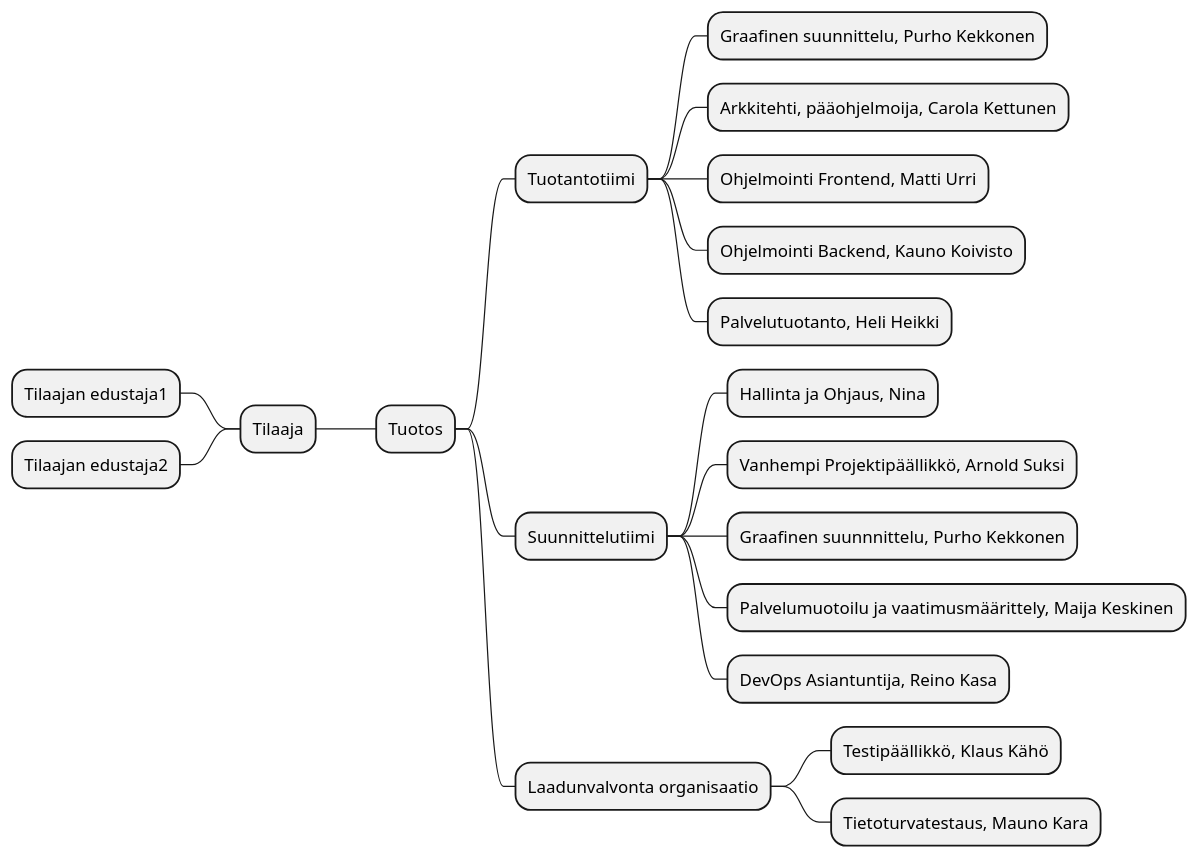
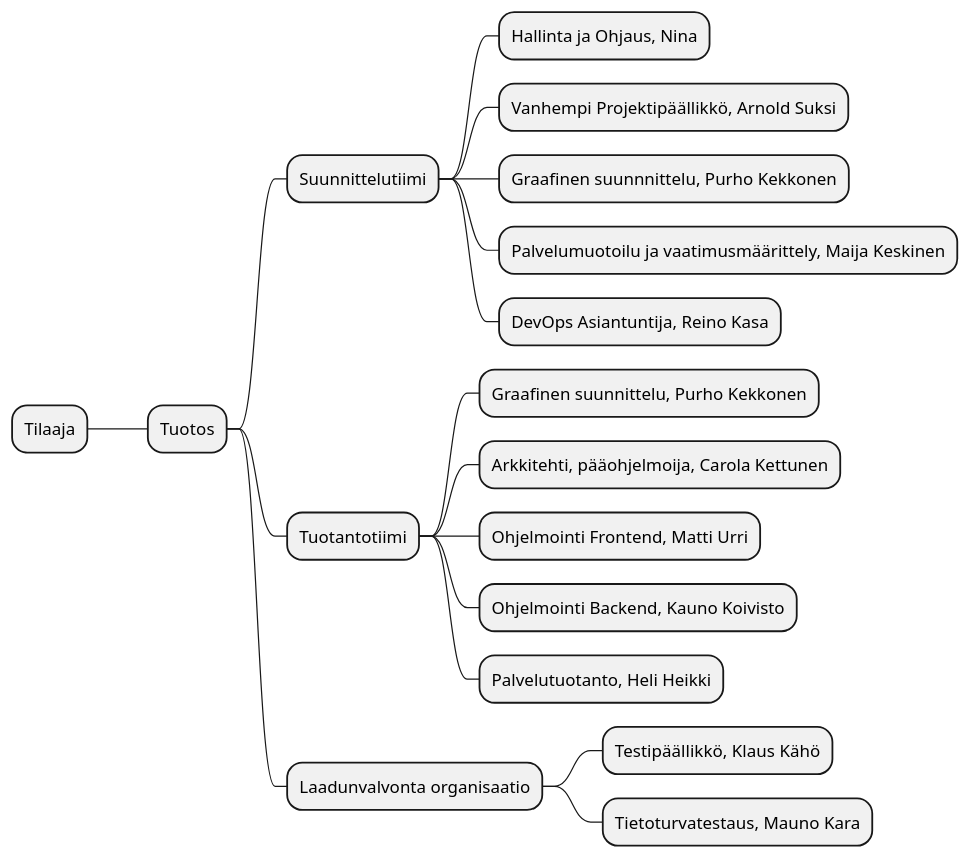
The second of 3 diagrams in dokumentit/10-Projektihallinta/projektisuunnitelma.md (ninaleo/S2021-AB5160-core), drawn with PlantUML before and after one commit.

````diff
--- a/dokumentit/10-Projektihallinta/projektisuunnitelma.md
+++ b/dokumentit/10-Projektihallinta/projektisuunnitelma.md
@@ -130,23 +130,21 @@
 ```plantuml
 @startmindmap
 + Tuotos
+++ Suunnittelutiimi
++++ Hallinta ja Ohjaus, Nina
++++ Vanhempi Projektipäällikkö, Arnold Suksi
++++ Graafinen suunnnittelu, Purho Kekkonen
++++ Palvelumuotoilu ja vaatimusmäärittely, Maija Keskinen
++++ DevOps Asiantuntija, Reino Kasa
 ++ Tuotantotiimi
 +++ Graafinen suunnittelu, Purho Kekkonen
 +++ Arkkitehti, pääohjelmoija, Carola Kettunen
 +++ Ohjelmointi Frontend, Matti Urri
 +++ Ohjelmointi Backend, Kauno Koivisto
 +++ Palvelutuotanto, Heli Heikki
-++ Suunnittelutiimi
-+++ Hallinta ja Ohjaus, Nina
-+++ Vanhempi Projektipäällikkö, Arnold Suksi
-+++ Graafinen suunnnittelu, Purho Kekkonen
-+++ Palvelumuotoilu ja vaatimusmäärittely, Maija Keskinen
-+++ DevOps Asiantuntija, Reino Kasa
 -- Tilaaja
---- Tilaajan edustaja1
---- Tilaajan edustaja2
 ++ Laadunvalvonta organisaatio
 +++ Testipäällikkö, Klaus Kähö
 +++ Tietoturvatestaus, Mauno Kara
 @endmindmap
 ```
````
